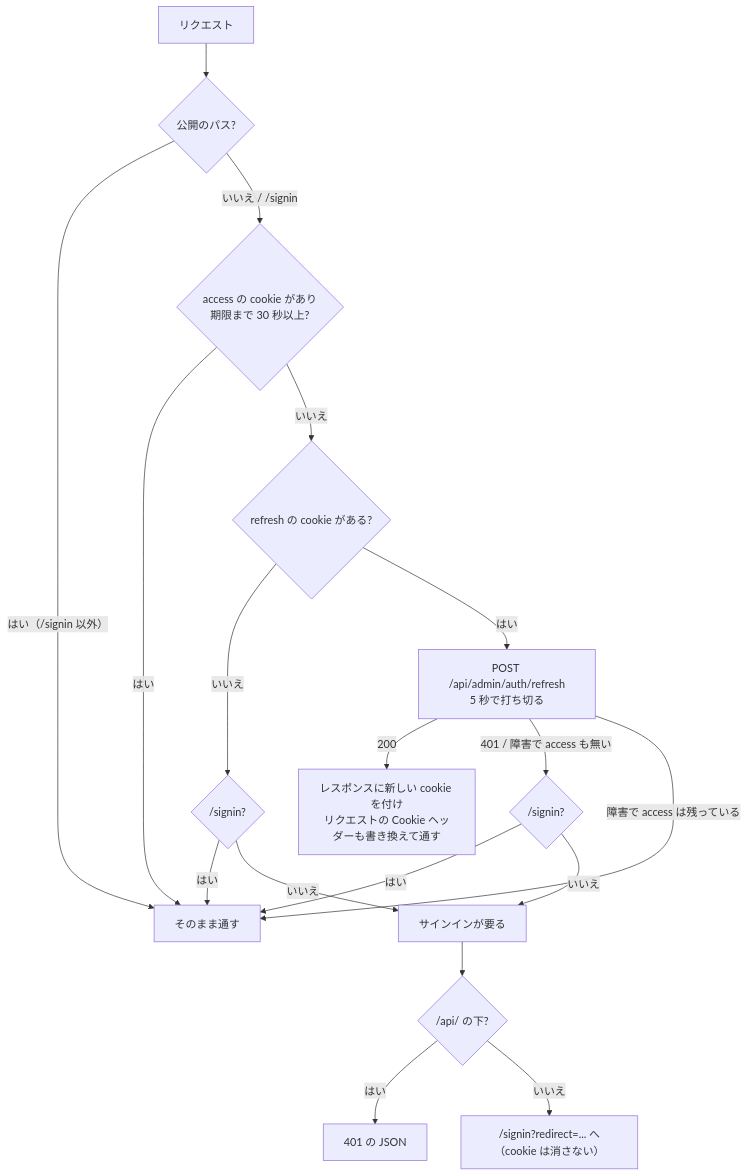
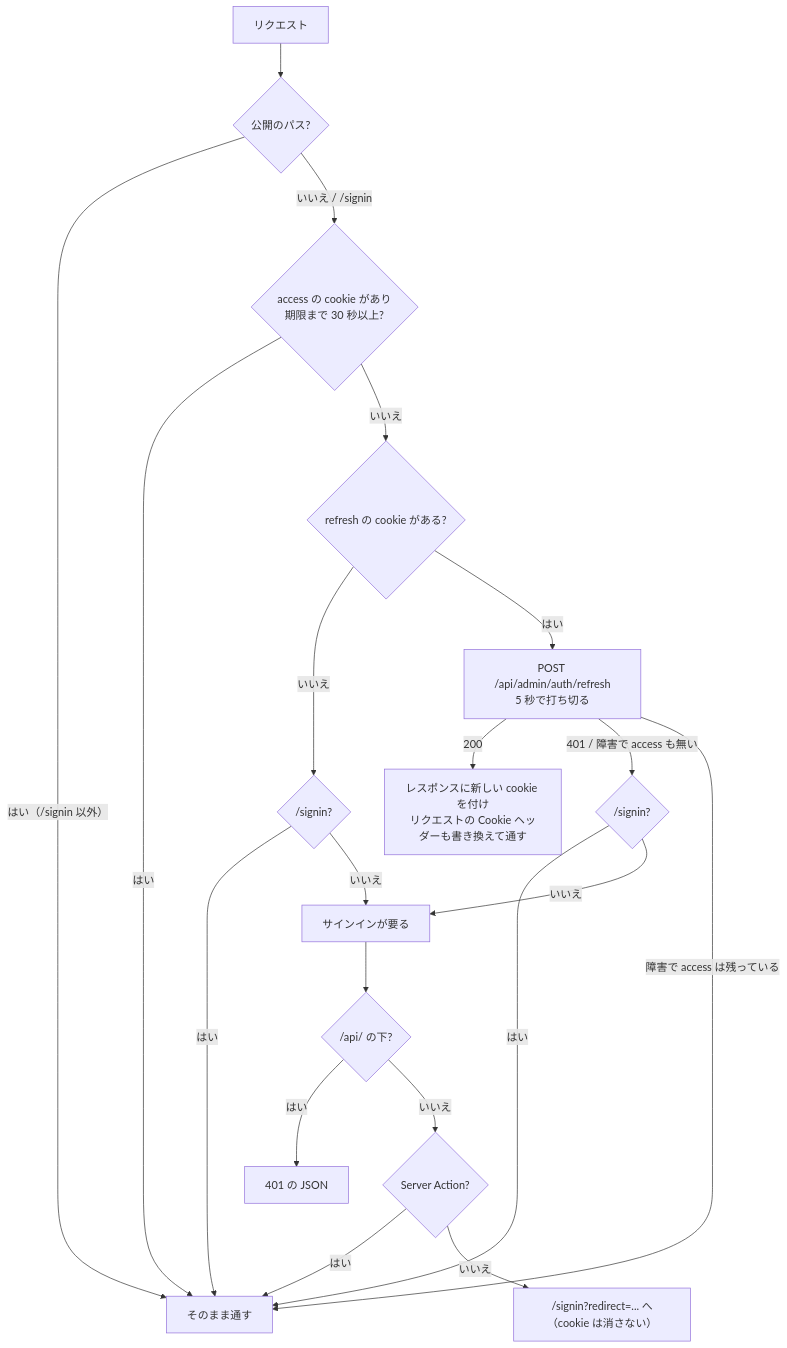
The diagram in docs/spec/admin-template/tasks/step5-admin-auth-screens.md (kentakki416/tech-english), drawn with Mermaid before and after one commit. The commit also changed other lines of this file and 14 other files, not shown here.

First line of the commit message:
fix(admin-template): pr-review の指摘を直す（cookie が無い Server Action・cross-site の往復・失敗のログ・コメントとドキュメント）

````diff
--- a/docs/spec/admin-template/tasks/step5-admin-auth-screens.md
+++ b/docs/spec/admin-template/tasks/step5-admin-auth-screens.md
@@ -153,20 +153,22 @@
 ```mermaid
 flowchart TD
     A[リクエスト] --> B{公開のパス?}
     B -- "はい（/signin 以外）" --> Z[そのまま通す]
     B -- "いいえ / /signin" --> C{access の cookie があり<br/>期限まで 30 秒以上?}
     C -- はい --> Z
     C -- いいえ --> D{refresh の cookie がある?}
     D -- いいえ --> X{"/signin?"}
     X -- はい --> Z
     X -- いいえ --> S[サインインが要る]
     D -- はい --> E[POST /api/admin/auth/refresh<br/>5 秒で打ち切る]
     E -- 200 --> F[レスポンスに新しい cookie を付け<br/>リクエストの Cookie ヘッダーも書き換えて通す]
     E -- "401 / 障害で access も無い" --> Y{"/signin?"}
     Y -- はい --> Z
     Y -- いいえ --> S
     E -- "障害で access は残っている" --> Z
     S --> T{"/api/ の下?"}
     T -- はい --> U[401 の JSON]
-    T -- いいえ --> V["/signin?redirect=... へ（cookie は消さない）"]
+    T -- いいえ --> W{Server Action?}
+    W -- はい --> Z
+    W -- いいえ --> V["/signin?redirect=... へ（cookie は消さない）"]
 ```
````
